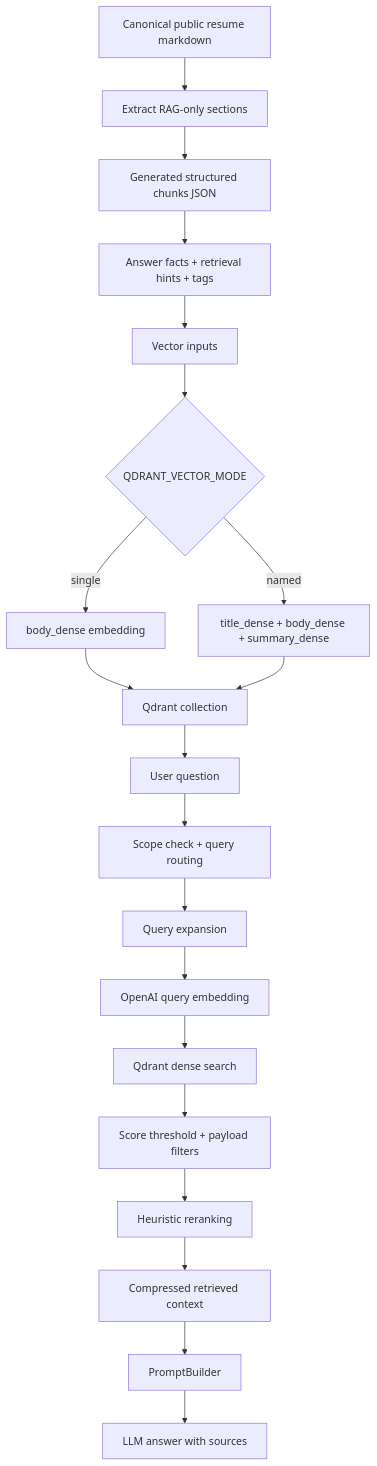
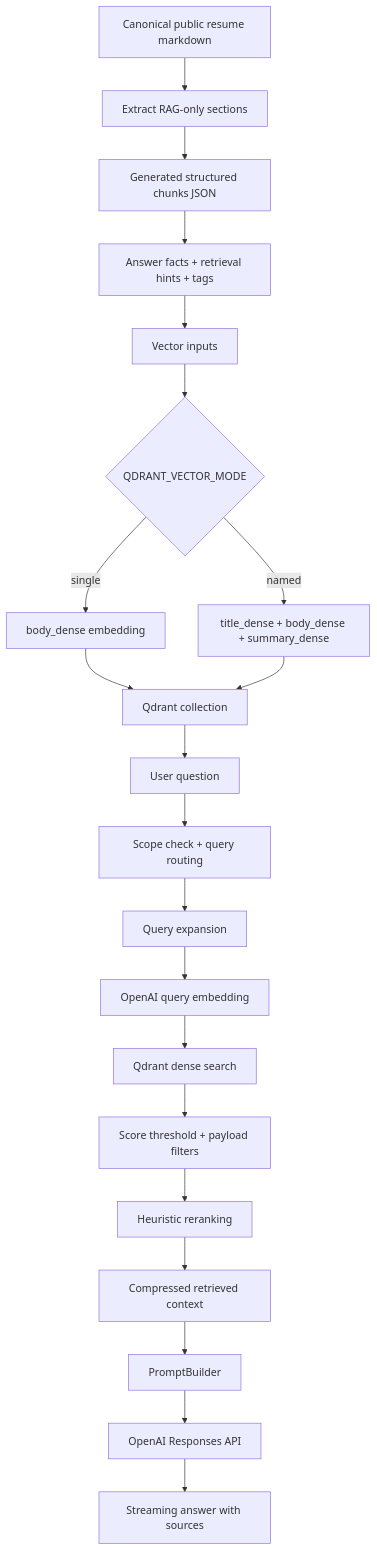
Before and after one commit to AlexTymosh/alextym.com: the third of 4 diagrams in README.md, drawn with Mermaid. The commit also changed other lines of this file and 1 other file, not shown here.

First line of the commit message:
📝 docs(readme): document real chat streaming and RAG policy updates

````diff
--- a/README.md
+++ b/README.md
@@ -356,22 +344,23 @@
 ```mermaid
 flowchart TD
     A[Canonical public resume markdown] --> B[Extract RAG-only sections]
     B --> C[Generated structured chunks JSON]
     C --> D[Answer facts + retrieval hints + tags]
     D --> E[Vector inputs]
     E --> F{QDRANT_VECTOR_MODE}
     F -- single --> G[body_dense embedding]
     F -- named --> H[title_dense + body_dense + summary_dense]
     G --> I[Qdrant collection]
     H --> I
     I --> J[User question]
     J --> K[Scope check + query routing]
     K --> L[Query expansion]
     L --> M[OpenAI query embedding]
     M --> N[Qdrant dense search]
     N --> O[Score threshold + payload filters]
     O --> P[Heuristic reranking]
     P --> Q[Compressed retrieved context]
     Q --> R[PromptBuilder]
-    R --> S[LLM answer with sources]
+    R --> S[OpenAI Responses API]
+    S --> T[Streaming answer with sources]
 ```
````
